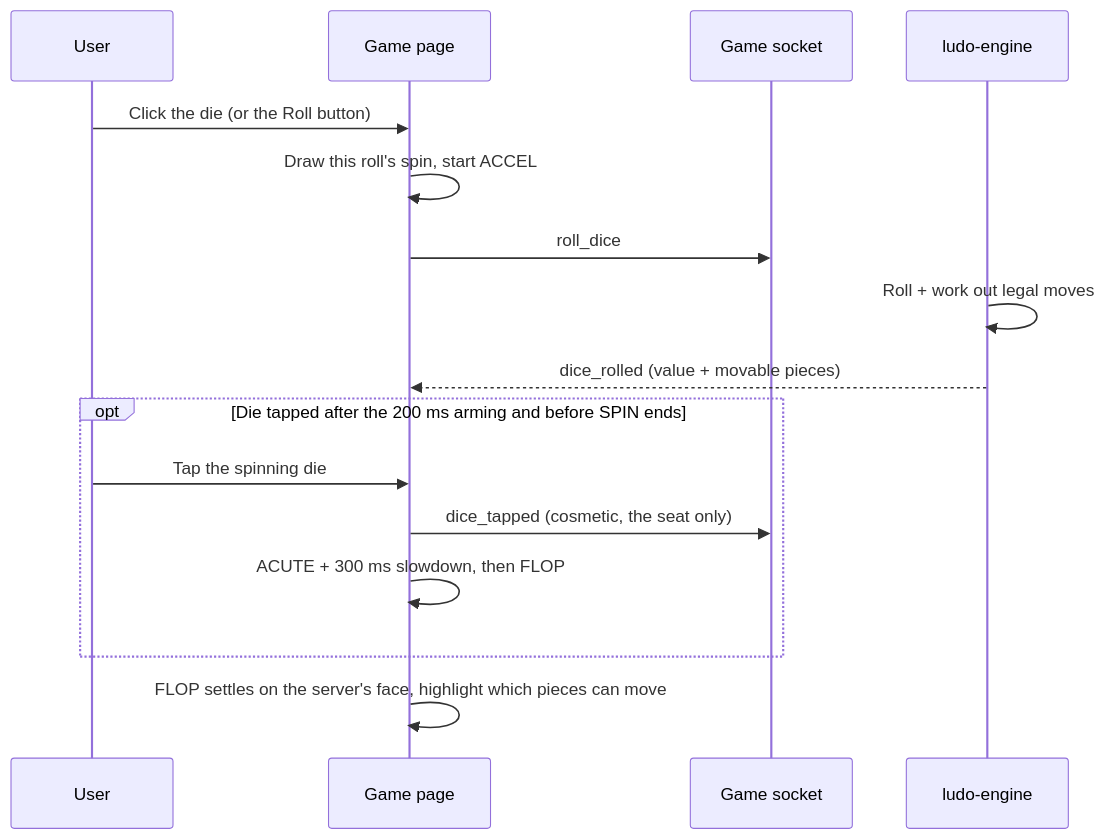
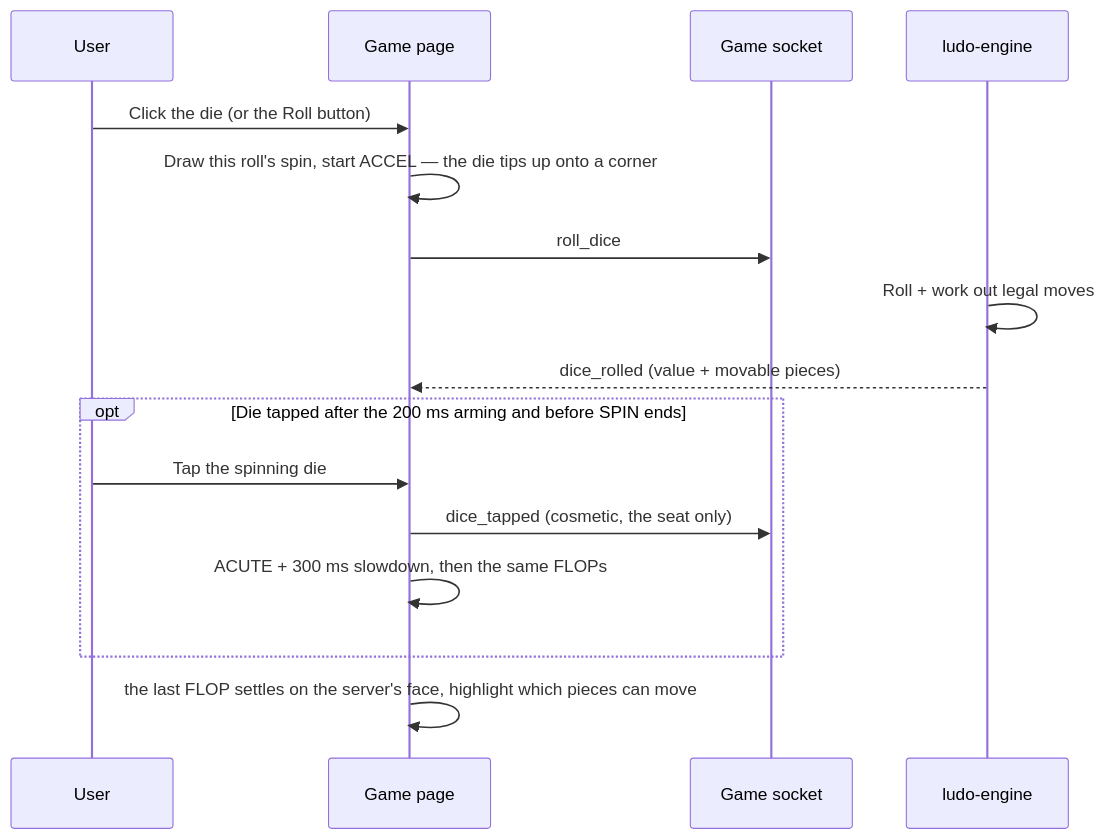
The second of 3 diagrams in docs/frontend/frontend-game-module.md (IrmaJoKerr/ft_transcendence-ludo), drawn with Mermaid before and after one commit. The commit also changed other lines of this file and 16 other files, not shown here.

````diff
--- a/docs/frontend/frontend-game-module.md
+++ b/docs/frontend/frontend-game-module.md
@@ -152,19 +152,19 @@
 ```mermaid
 sequenceDiagram
     participant User
     participant Game as Game page
     participant Socket as Game socket
     participant Engine as ludo-engine
 
     User->>Game: Click the die (or the Roll button)
-    Game->>Game: Draw this roll's spin, start ACCEL
+    Game->>Game: Draw this roll's spin, start ACCEL — the die tips up onto a corner
     Game->>Socket: roll_dice
     Engine->>Engine: Roll + work out legal moves
     Engine-->>Game: dice_rolled (value + movable pieces)
     opt Die tapped after the 200 ms arming and before SPIN ends
         User->>Game: Tap the spinning die
         Game->>Socket: dice_tapped (cosmetic, the seat only)
-        Game->>Game: ACUTE + 300 ms slowdown, then FLOP
+        Game->>Game: ACUTE + 300 ms slowdown, then the same FLOPs
     end
-    Game->>Game: FLOP settles on the server's face, highlight which pieces can move
+    Game->>Game: the last FLOP settles on the server's face, highlight which pieces can move
 ```
````
